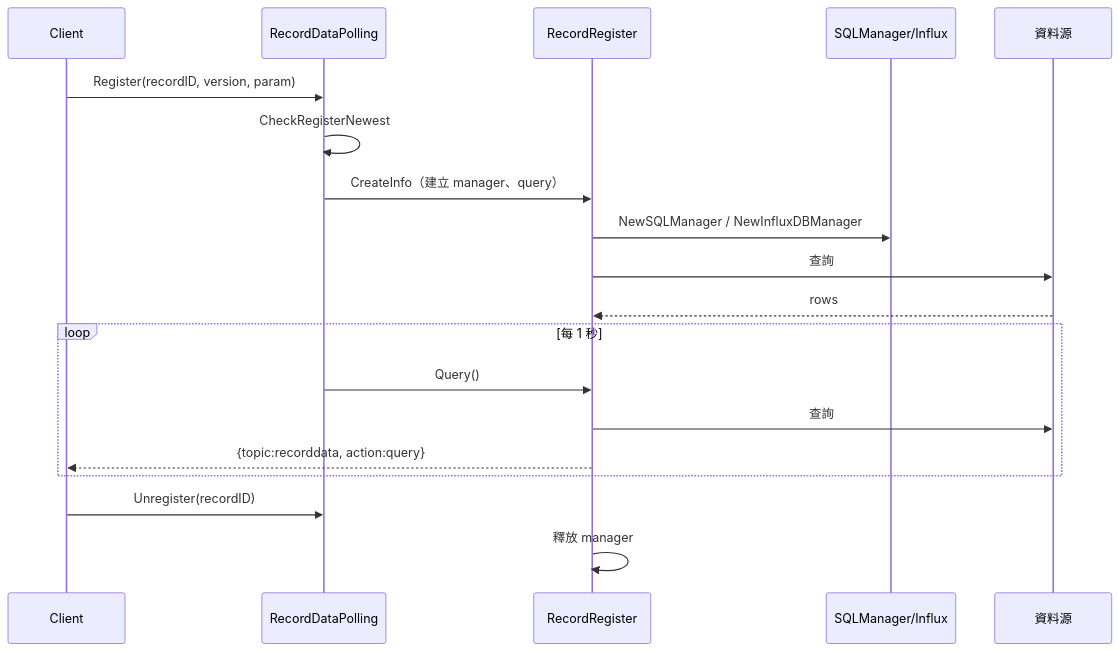
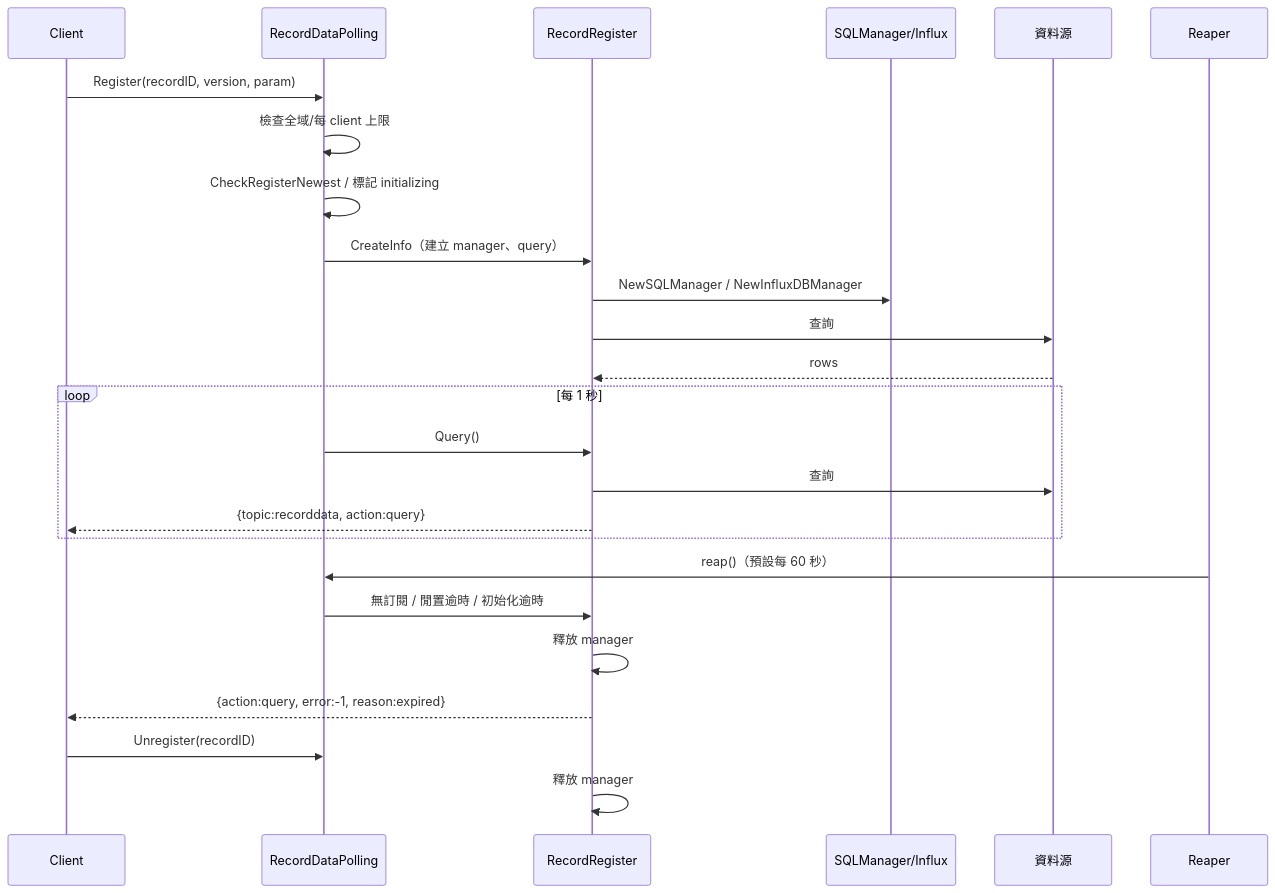
One commit to PochengChen-del/EdgeViewDoc changed the fifth of 5 diagrams in SDS/05_Runtime_Proxy_Design.md. Above: the diagram before and after it, drawn with Mermaid. The commit also changed other lines of this file and 4 other files, not shown here.

````diff
--- a/SDS/05_Runtime_Proxy_Design.md
+++ b/SDS/05_Runtime_Proxy_Design.md
@@ -294,22 +298,28 @@
 ```mermaid
 sequenceDiagram
     participant C as Client
     participant P as RecordDataPolling
     participant R as RecordRegister
     participant M as SQLManager/Influx
     participant DB as 資料源
+    participant T as Reaper
 
     C->>P: Register(recordID, version, param)
-    P->>P: CheckRegisterNewest
+    P->>P: 檢查全域/每 client 上限
+    P->>P: CheckRegisterNewest / 標記 initializing
     P->>R: CreateInfo（建立 manager、query）
     R->>M: NewSQLManager / NewInfluxDBManager
     R->>DB: 查詢
     DB-->>R: rows
     loop 每 1 秒
         P->>R: Query()
         R->>DB: 查詢
         R-->>C: {topic:recorddata, action:query}
     end
+    T->>P: reap()（預設每 60 秒）
+    P->>R: 無訂閱 / 閒置逾時 / 初始化逾時
+    R->>R: 釋放 manager
+    R-->>C: {action:query, error:-1, reason:expired}
     C->>P: Unregister(recordID)
     R->>R: 釋放 manager
 ```
````
